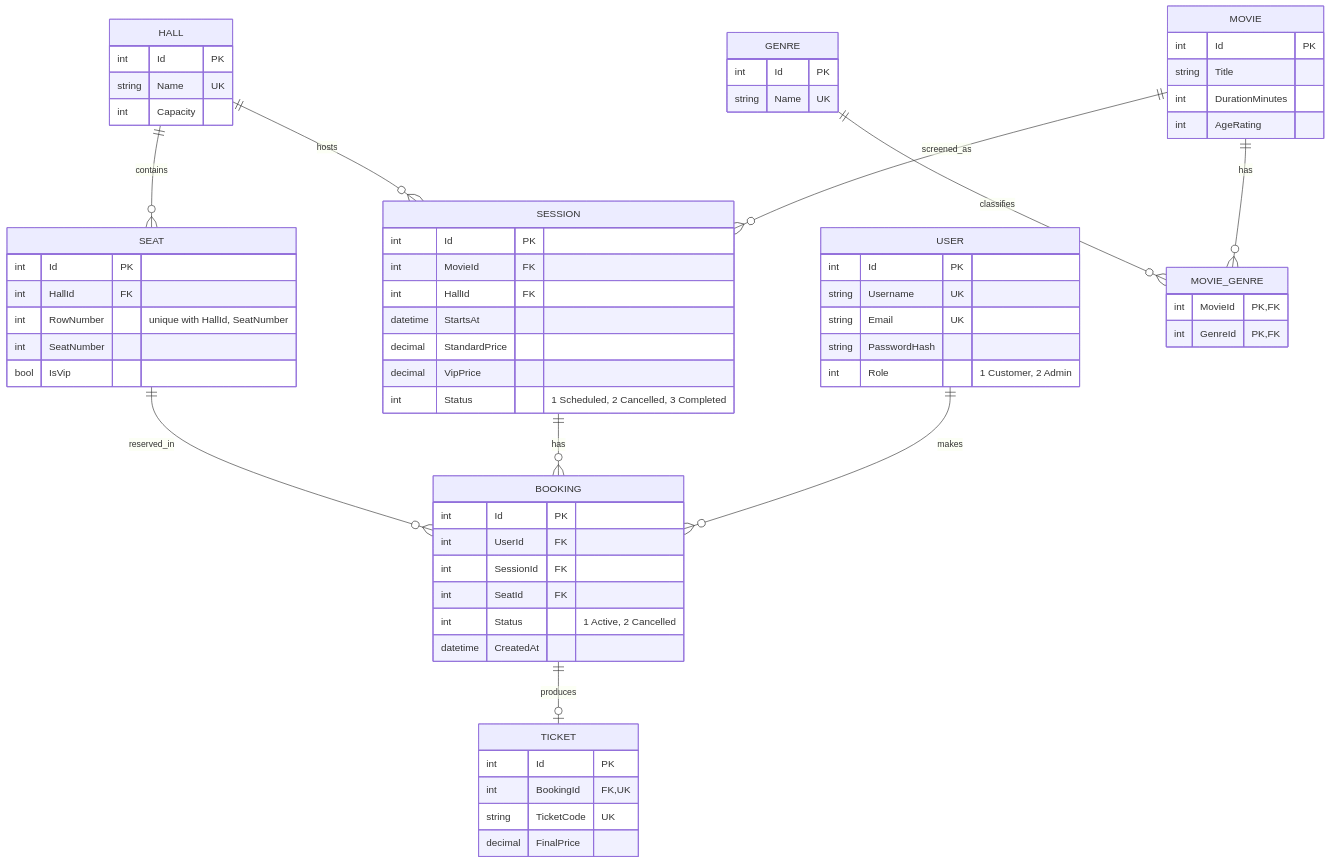
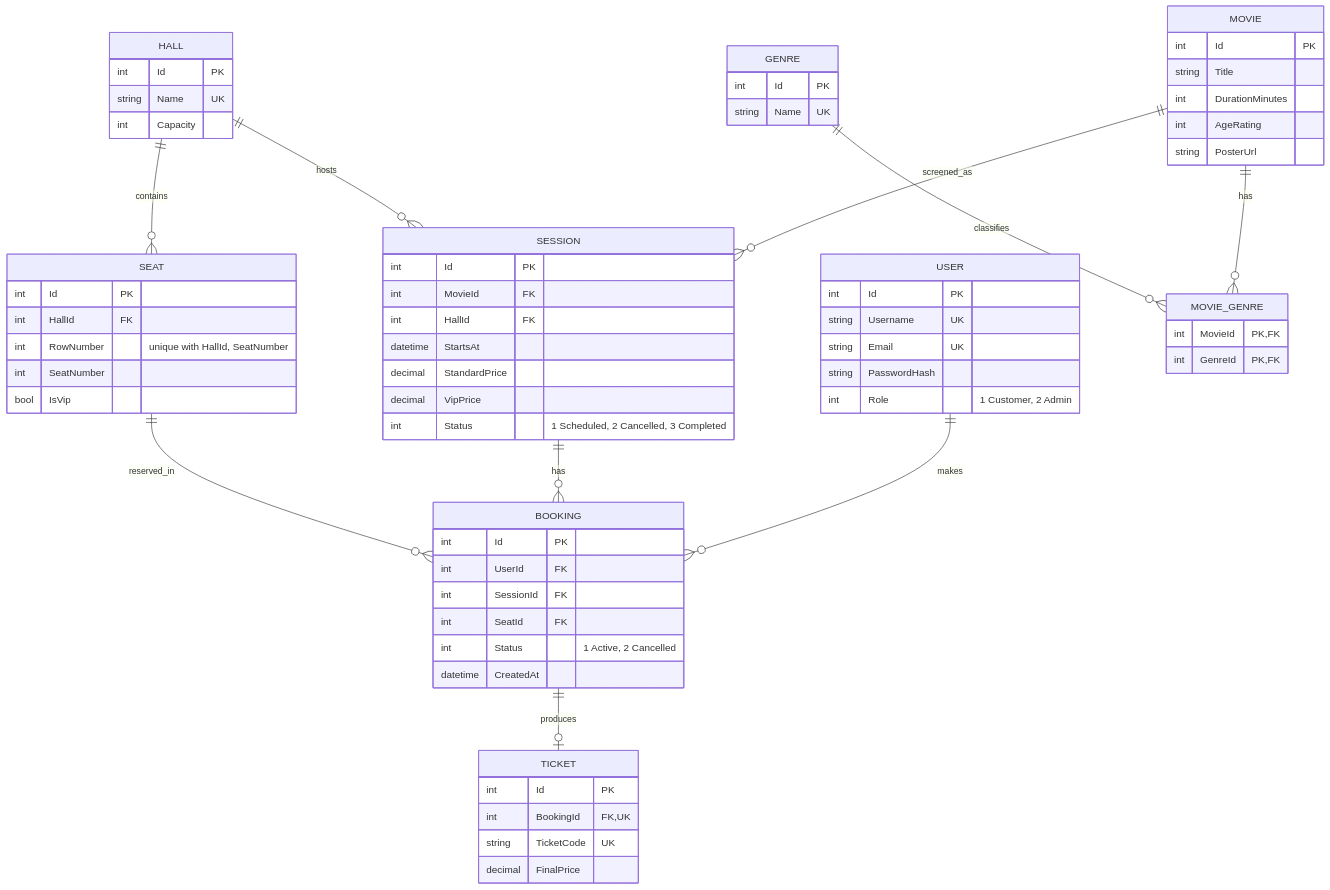
The diagram in README.md (AnitaA19/CinemaGo), drawn with Mermaid before and after one commit. The commit also changed other lines of this file and 19 other files, not shown here.

````diff
--- a/README.md
+++ b/README.md
@@ -182,69 +193,70 @@
 ```mermaid
 erDiagram
     USER ||--o{ BOOKING : makes
     SESSION ||--o{ BOOKING : has
     SEAT ||--o{ BOOKING : reserved_in
     BOOKING ||--o| TICKET : produces
     MOVIE ||--o{ SESSION : screened_as
     HALL ||--o{ SESSION : hosts
     HALL ||--o{ SEAT : contains
     MOVIE ||--o{ MOVIE_GENRE : has
     GENRE ||--o{ MOVIE_GENRE : classifies
 
     USER {
         int Id PK
         string Username UK
         string Email UK
         string PasswordHash
         int Role "1 Customer, 2 Admin"
     }
     MOVIE {
         int Id PK
         string Title
         int DurationMinutes
         int AgeRating
+        string PosterUrl
     }
     GENRE {
         int Id PK
         string Name UK
     }
     MOVIE_GENRE {
         int MovieId PK, FK
         int GenreId PK, FK
     }
     HALL {
         int Id PK
         string Name UK
         int Capacity
     }
     SEAT {
         int Id PK
         int HallId FK
         int RowNumber "unique with HallId, SeatNumber"
         int SeatNumber
         bool IsVip
     }
     SESSION {
         int Id PK
         int MovieId FK
         int HallId FK
         datetime StartsAt
         decimal StandardPrice
         decimal VipPrice
         int Status "1 Scheduled, 2 Cancelled, 3 Completed"
     }
     BOOKING {
         int Id PK
         int UserId FK
         int SessionId FK
         int SeatId FK
         int Status "1 Active, 2 Cancelled"
         datetime CreatedAt
     }
     TICKET {
         int Id PK
         int BookingId FK, UK
         string TicketCode UK
         decimal FinalPrice
     }
 ```
````
